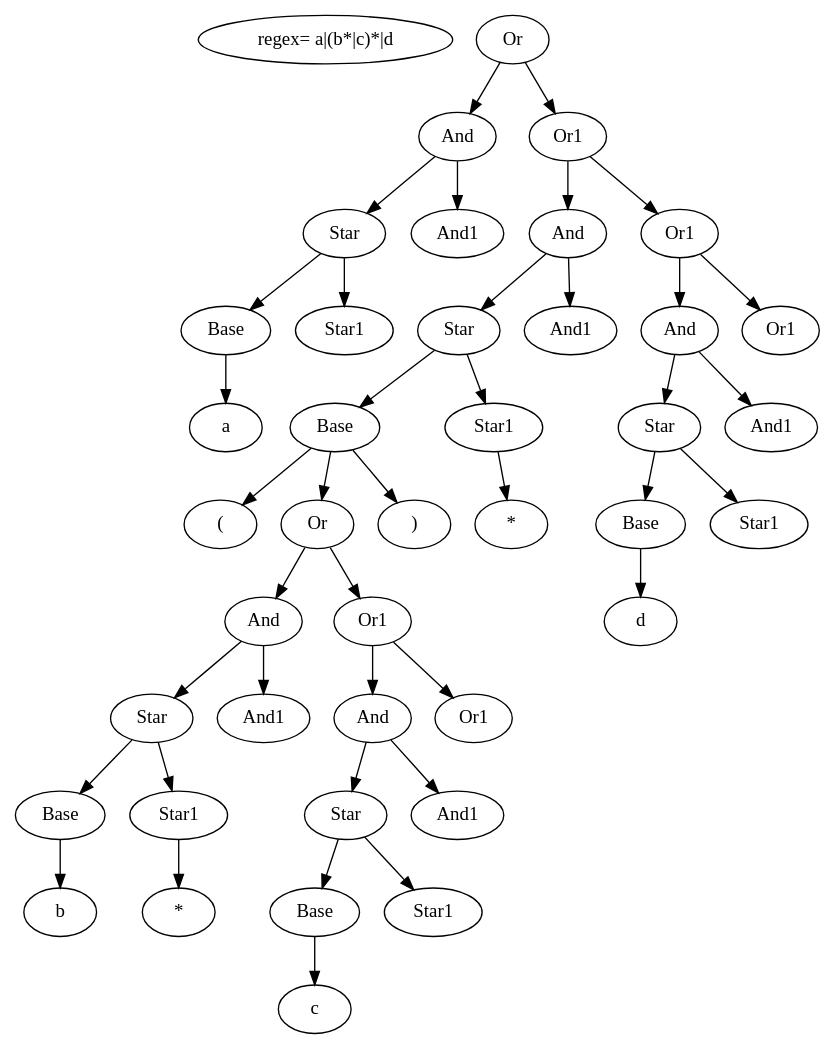
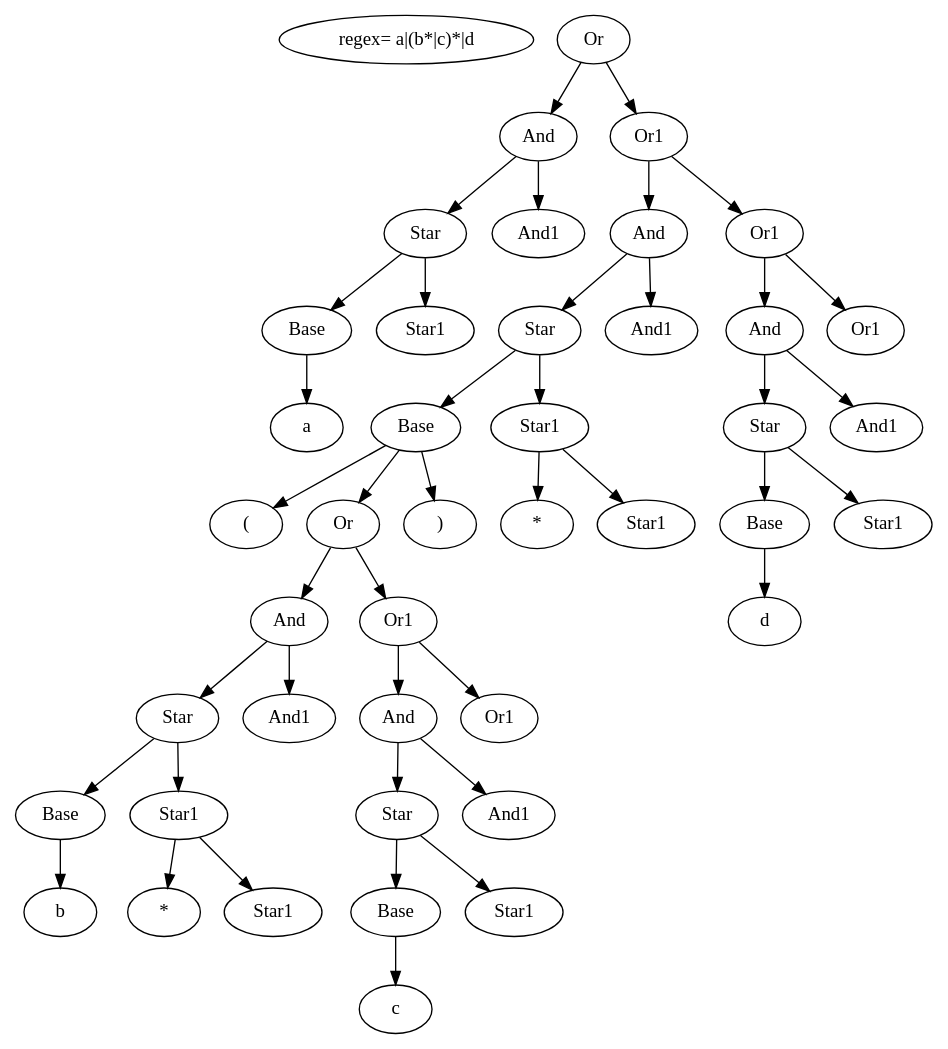
Before and after one commit to mokaruuns/education_itmo: the diagram in parsing/recursive-parsing/dot/graph-872683653.gv, drawn with Graphviz. The commit also changed 15 other files, not shown here.

```diff
--- a/parsing/recursive-parsing/dot/graph-872683653.gv
+++ b/parsing/recursive-parsing/dot/graph-872683653.gv
@@ -1,82 +1,86 @@
 digraph G {
 E [label="regex= a|(b*|c)*|d"];
 0 [label="Or"];
 1 [label="And"];
 2 [label="Star"];
 3 [label="Base"];
 4 [label="a"];
 6 [label="Star1"];
 8 [label="And1"];
 10 [label="Or1"];
 11 [label="And"];
 12 [label="Star"];
 13 [label="Base"];
 14 [label="("];
 16 [label="Or"];
 17 [label="And"];
 18 [label="Star"];
 19 [label="Base"];
 20 [label="b"];
 22 [label="Star1"];
 23 [label="*"];
-25 [label="And1"];
-27 [label="Or1"];
-28 [label="And"];
-29 [label="Star"];
-30 [label="Base"];
-31 [label="c"];
-33 [label="Star1"];
-35 [label="And1"];
-37 [label="Or1"];
-40 [label=")"];
-42 [label="Star1"];
-43 [label="*"];
-45 [label="And1"];
-47 [label="Or1"];
-48 [label="And"];
-49 [label="Star"];
-50 [label="Base"];
-51 [label="d"];
-53 [label="Star1"];
-55 [label="And1"];
-57 [label="Or1"];
+25 [label="Star1"];
+27 [label="And1"];
+29 [label="Or1"];
+30 [label="And"];
+31 [label="Star"];
+32 [label="Base"];
+33 [label="c"];
+35 [label="Star1"];
+37 [label="And1"];
+39 [label="Or1"];
+42 [label=")"];
+44 [label="Star1"];
+45 [label="*"];
+47 [label="Star1"];
+49 [label="And1"];
+51 [label="Or1"];
+52 [label="And"];
+53 [label="Star"];
+54 [label="Base"];
+55 [label="d"];
+57 [label="Star1"];
+59 [label="And1"];
+61 [label="Or1"];
 0 -> 1;
 0 -> 10;
 1 -> 2;
 1 -> 8;
 2 -> 3;
 2 -> 6;
 3 -> 4;
+10 -> 51;
 10 -> 11;
-10 -> 47;
+11 -> 49;
 11 -> 12;
-11 -> 45;
-12 -> 42;
+12 -> 44;
 12 -> 13;
 13 -> 16;
-13 -> 40;
+13 -> 42;
 13 -> 14;
 16 -> 17;
-16 -> 27;
+16 -> 29;
 17 -> 18;
-17 -> 25;
+17 -> 27;
 18 -> 19;
 18 -> 22;
 19 -> 20;
 22 -> 23;
-27 -> 37;
-27 -> 28;
-28 -> 35;
-28 -> 29;
-29 -> 33;
+22 -> 25;
+29 -> 39;
 29 -> 30;
+30 -> 37;
 30 -> 31;
-42 -> 43;
-47 -> 48;
-47 -> 57;
-48 -> 49;
-48 -> 55;
-49 -> 50;
-49 -> 53;
-50 -> 51;
+31 -> 32;
+31 -> 35;
+32 -> 33;
+44 -> 45;
+44 -> 47;
+51 -> 52;
+51 -> 61;
+52 -> 53;
+52 -> 59;
+53 -> 54;
+53 -> 57;
+54 -> 55;
 }
```
